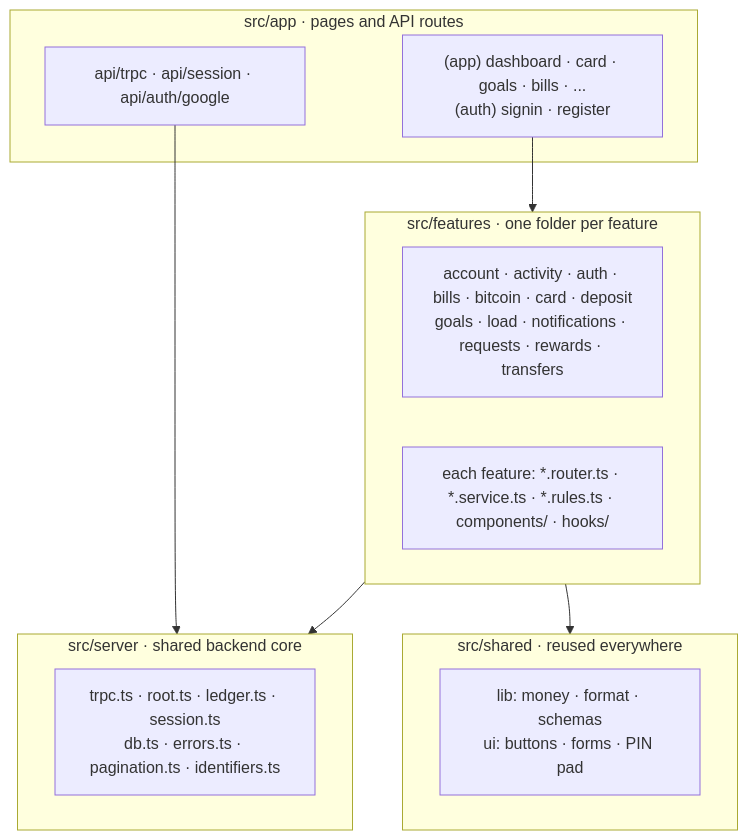
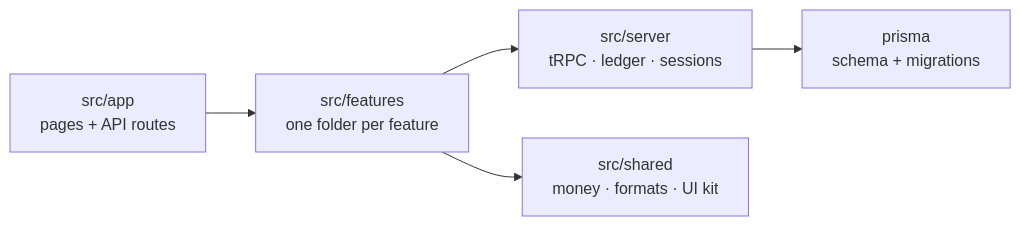
The second of 5 diagrams in README.md (neilacapuccino/gobank-express), drawn with Mermaid before and after one commit. The commit also changed other lines of this file, not shown here.

Commit message:
docs: redraw the architecture and structure diagrams for readability
The architecture diagram now runs top to bottom so its labels stay legible,
and the project structure is shown as two small diagrams (how the folders
depend on each other and what sits inside one feature) plus a folder tree,
instead of one tall diagram that GitHub cropped.

````diff
--- a/README.md
+++ b/README.md
@@ -59,25 +58,7 @@
 ```mermaid
-flowchart TB
-    subgraph app ["src/app · pages and API routes"]
-        Pages["(app) dashboard · card · goals · bills · ...<br/>(auth) signin · register"]
-        Api["api/trpc · api/session · api/auth/google"]
-    end
-
-    subgraph features ["src/features · one folder per feature"]
-        List["account · activity · auth · bills · bitcoin · card · deposit<br/>goals · load · notifications · requests · rewards · transfers"]
-        Inside["each feature: *.router.ts · *.service.ts · *.rules.ts · components/ · hooks/"]
-    end
-
-    subgraph server ["src/server · shared backend core"]
-        Core["trpc.ts · root.ts · ledger.ts · session.ts<br/>db.ts · errors.ts · pagination.ts · identifiers.ts"]
-    end
-
-    subgraph shared ["src/shared · reused everywhere"]
-        Lib["lib: money · format · schemas<br/>ui: buttons · forms · PIN pad"]
-    end
-
-    Pages --> features
-    Api --> server
-    features --> server
-    features --> shared
+flowchart LR
+    App["src/app<br/>pages + API routes"] --> Features["src/features<br/>one folder per feature"]
+    Features --> Server["src/server<br/>tRPC · ledger · sessions"]
+    Features --> Shared["src/shared<br/>money · formats · UI kit"]
+    Server --> Prisma["prisma<br/>schema + migrations"]
 ```
````
